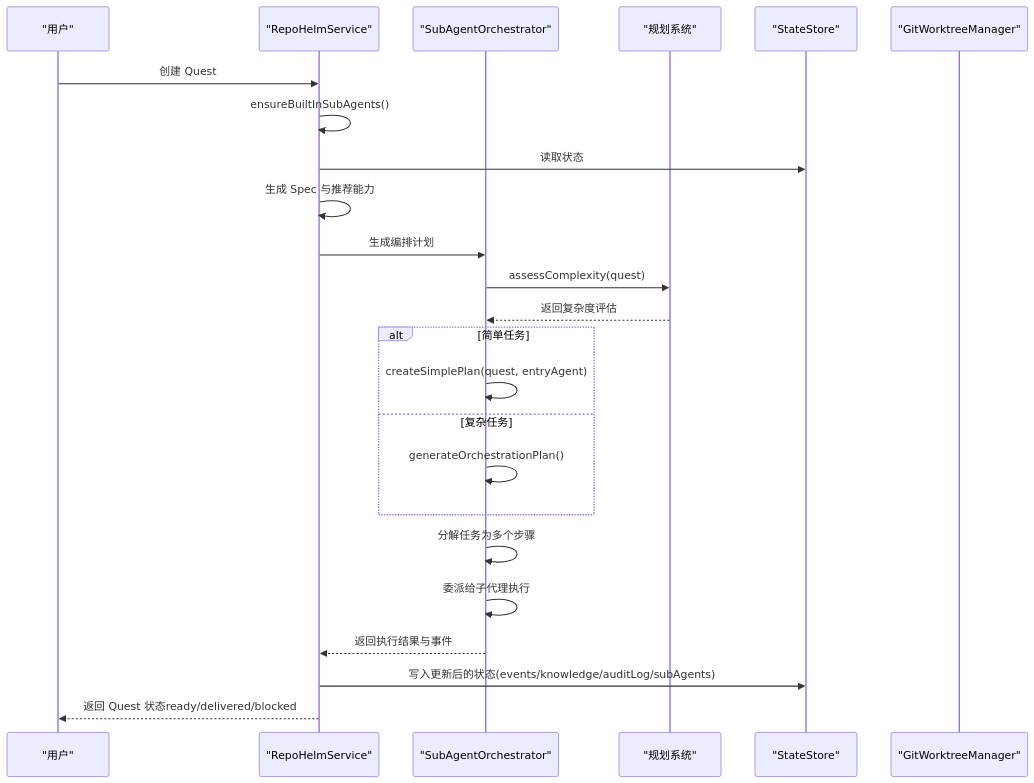
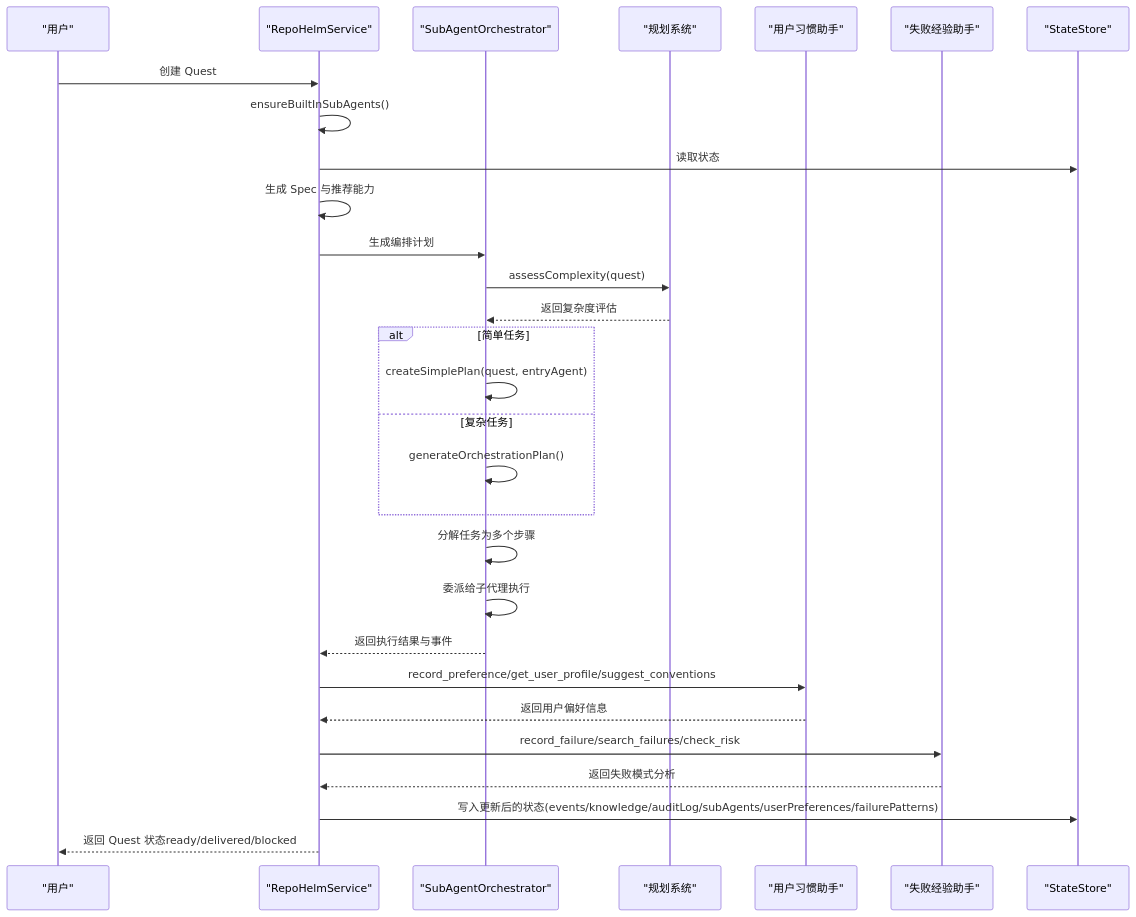
One commit to coconilu/RepoHelm changed the second of 12 diagrams in .qoder/repowiki/zh/content/核心服务模块/核心服务模块.md. Above: the diagram before and after it, drawn with Mermaid. The commit also changed other lines of this file and 12 other files, not shown here.

````diff
--- a/.qoder/repowiki/zh/content/核心服务模块/核心服务模块.md
+++ b/.qoder/repowiki/zh/content/核心服务模块/核心服务模块.md
@@ -146,26 +172,31 @@
 ```mermaid
 sequenceDiagram
 participant U as "用户"
 participant S as "RepoHelmService"
 participant O as "SubAgentOrchestrator"
 participant P as "规划系统"
+participant HT as "用户习惯助手"
+participant FT as "失败经验助手"
 participant ST as "StateStore"
-participant G as "GitWorktreeManager"
 U->>S : 创建 Quest
 S->>S : ensureBuiltInSubAgents()
 S->>ST : 读取状态
 S->>S : 生成 Spec 与推荐能力
 S->>O : 生成编排计划
 O->>P : assessComplexity(quest)
 P-->>O : 返回复杂度评估
 alt 简单任务
 O->>O : createSimplePlan(quest, entryAgent)
 else 复杂任务
 O->>O : generateOrchestrationPlan()
 end
 O->>O : 分解任务为多个步骤
 O->>O : 委派给子代理执行
 O-->>S : 返回执行结果与事件
-S->>ST : 写入更新后的状态(events/knowledge/auditLog/subAgents)
+S->>HT : record_preference/get_user_profile/suggest_conventions
+HT-->>S : 返回用户偏好信息
+S->>FT : record_failure/search_failures/check_risk
+FT-->>S : 返回失败模式分析
+S->>ST : 写入更新后的状态(events/knowledge/auditLog/subAgents/userPreferences/failurePatterns)
 S-->>U : 返回 Quest 状态ready/delivered/blocked
 ```
````
